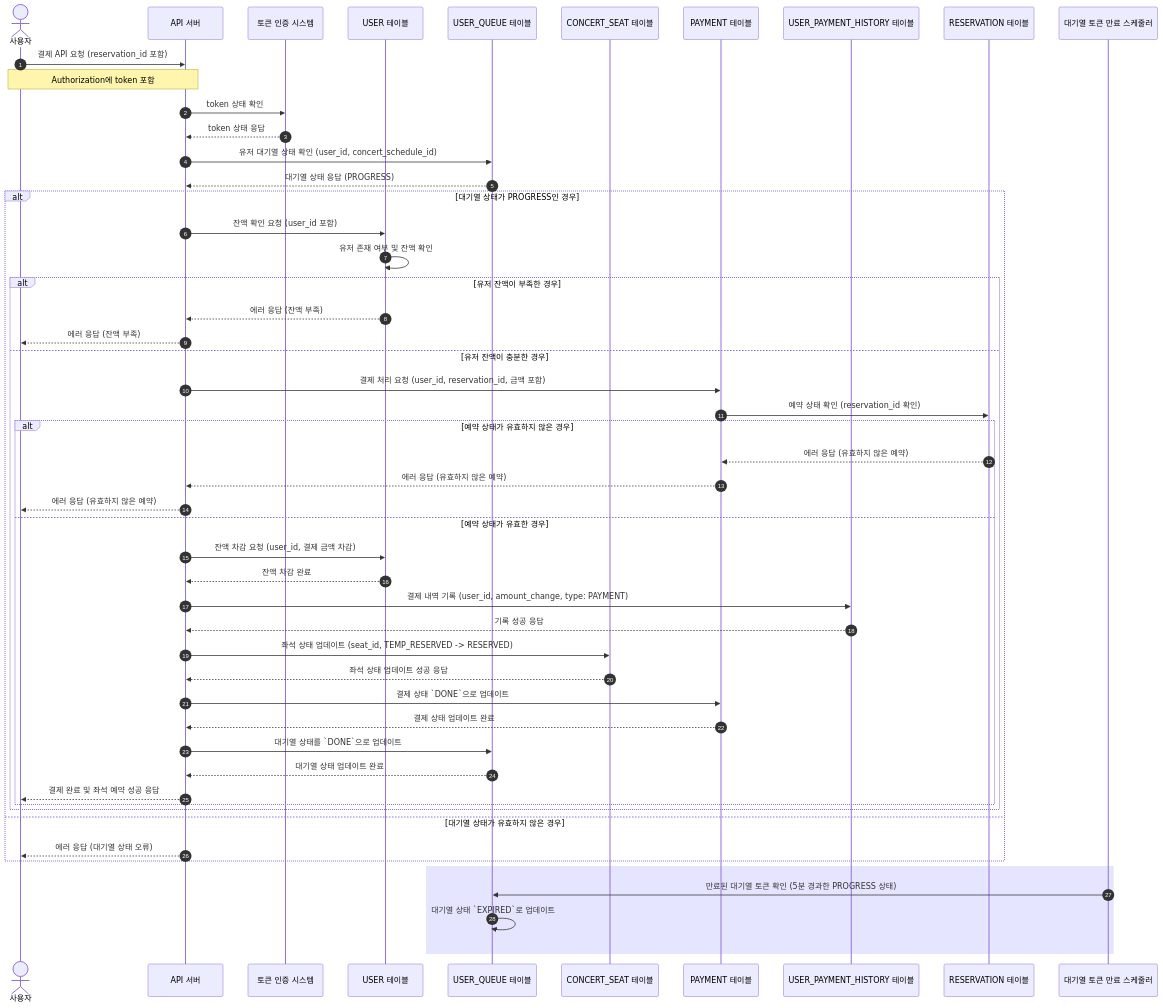
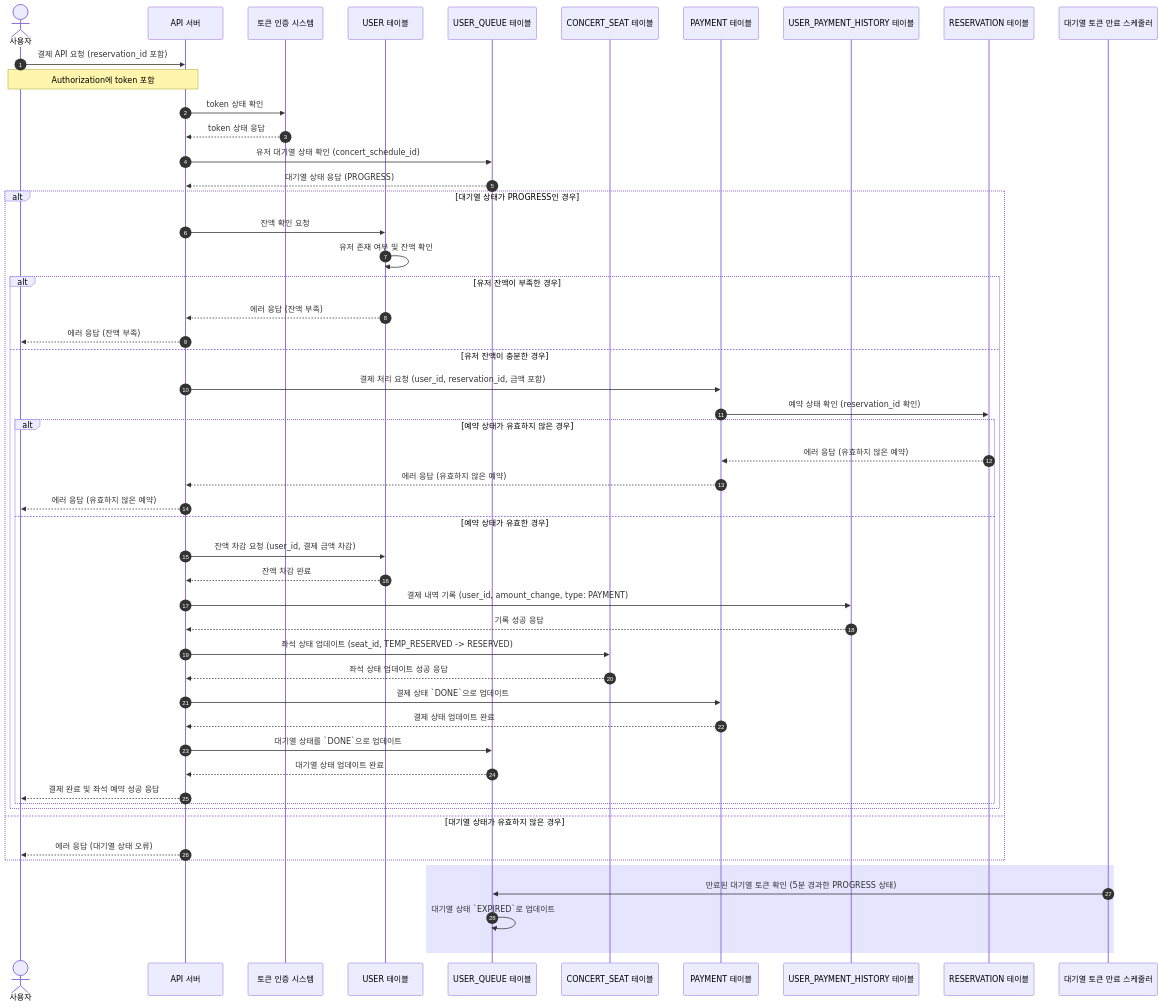
The seventh of 7 diagrams in docs/sequence.md (Cheondongmin/concert-java), drawn with Mermaid before and after one commit. The commit also changed other lines of this file and 3 other files, not shown here.

````diff
--- a/docs/sequence.md
+++ b/docs/sequence.md
@@ -202,65 +202,65 @@
 ```mermaid
 sequenceDiagram
     autonumber
     actor 사용자 as 사용자
     participant API as API 서버
     participant AUTH as 토큰 인증 시스템
     participant USER as USER 테이블
     participant USER_QUEUE as USER_QUEUE 테이블
     participant CONCERT_SEAT as CONCERT_SEAT 테이블
     participant PAYMENT as PAYMENT 테이블
     participant USER_PAYMENT_HISTORY as USER_PAYMENT_HISTORY 테이블
     participant RESERVATION as RESERVATION 테이블
     participant QUEUE_SCHEDULER as 대기열 토큰 만료 스케줄러
 
     사용자 ->> API: 결제 API 요청 (reservation_id 포함)
     Note over 사용자, API: Authorization에 token 포함
     API ->> AUTH: token 상태 확인
     AUTH -->> API: token 상태 응답
 
-    API ->> USER_QUEUE: 유저 대기열 상태 확인 (user_id, concert_schedule_id)
+    API ->> USER_QUEUE: 유저 대기열 상태 확인 (concert_schedule_id)
     USER_QUEUE -->> API: 대기열 상태 응답 (PROGRESS)
 
     alt 대기열 상태가 PROGRESS인 경우
-        API ->> USER: 잔액 확인 요청 (user_id 포함)
+        API ->> USER: 잔액 확인 요청
         USER ->> USER: 유저 존재 여부 및 잔액 확인
 
         alt 유저 잔액이 부족한 경우
             USER -->> API: 에러 응답 (잔액 부족)
             API -->> 사용자: 에러 응답 (잔액 부족)
         else 유저 잔액이 충분한 경우
             API ->> PAYMENT: 결제 처리 요청 (user_id, reservation_id, 금액 포함)
             PAYMENT ->> RESERVATION: 예약 상태 확인 (reservation_id 확인)
 
             alt 예약 상태가 유효하지 않은 경우
                 RESERVATION -->> PAYMENT: 에러 응답 (유효하지 않은 예약)
                 PAYMENT -->> API: 에러 응답 (유효하지 않은 예약)
                 API -->> 사용자: 에러 응답 (유효하지 않은 예약)
             else 예약 상태가 유효한 경우
                 API ->> USER: 잔액 차감 요청 (user_id, 결제 금액 차감)
                 USER -->> API: 잔액 차감 완료
 
                 API ->> USER_PAYMENT_HISTORY: 결제 내역 기록 (user_id, amount_change, type: PAYMENT)
                 USER_PAYMENT_HISTORY -->> API: 기록 성공 응답
 
                 API ->> CONCERT_SEAT: 좌석 상태 업데이트 (seat_id, TEMP_RESERVED -> RESERVED)
                 CONCERT_SEAT -->> API: 좌석 상태 업데이트 성공 응답
 
                 API ->> PAYMENT: 결제 상태 `DONE`으로 업데이트
                 PAYMENT -->> API: 결제 상태 업데이트 완료
 
                 API ->> USER_QUEUE: 대기열 상태를 `DONE`으로 업데이트
                 USER_QUEUE -->> API: 대기열 상태 업데이트 완료
 
                 API -->> 사용자: 결제 완료 및 좌석 예약 성공 응답
             end
         end
     else 대기열 상태가 유효하지 않은 경우
         API -->> 사용자: 에러 응답 (대기열 상태 오류)
     end
 
     rect rgba(0, 0, 255, .1)
         QUEUE_SCHEDULER ->> USER_QUEUE: 만료된 대기열 토큰 확인 (5분 경과한 PROGRESS 상태)
         USER_QUEUE ->> USER_QUEUE: 대기열 상태 `EXPIRED`로 업데이트
     end
 ```
````
